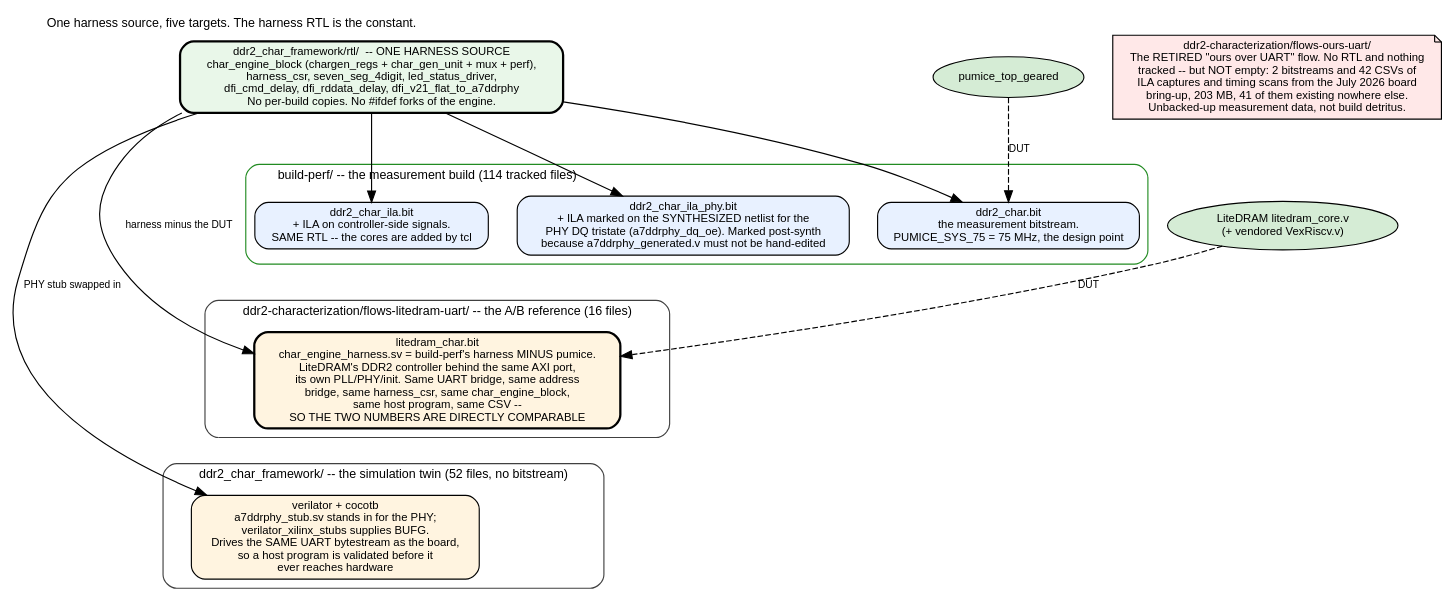
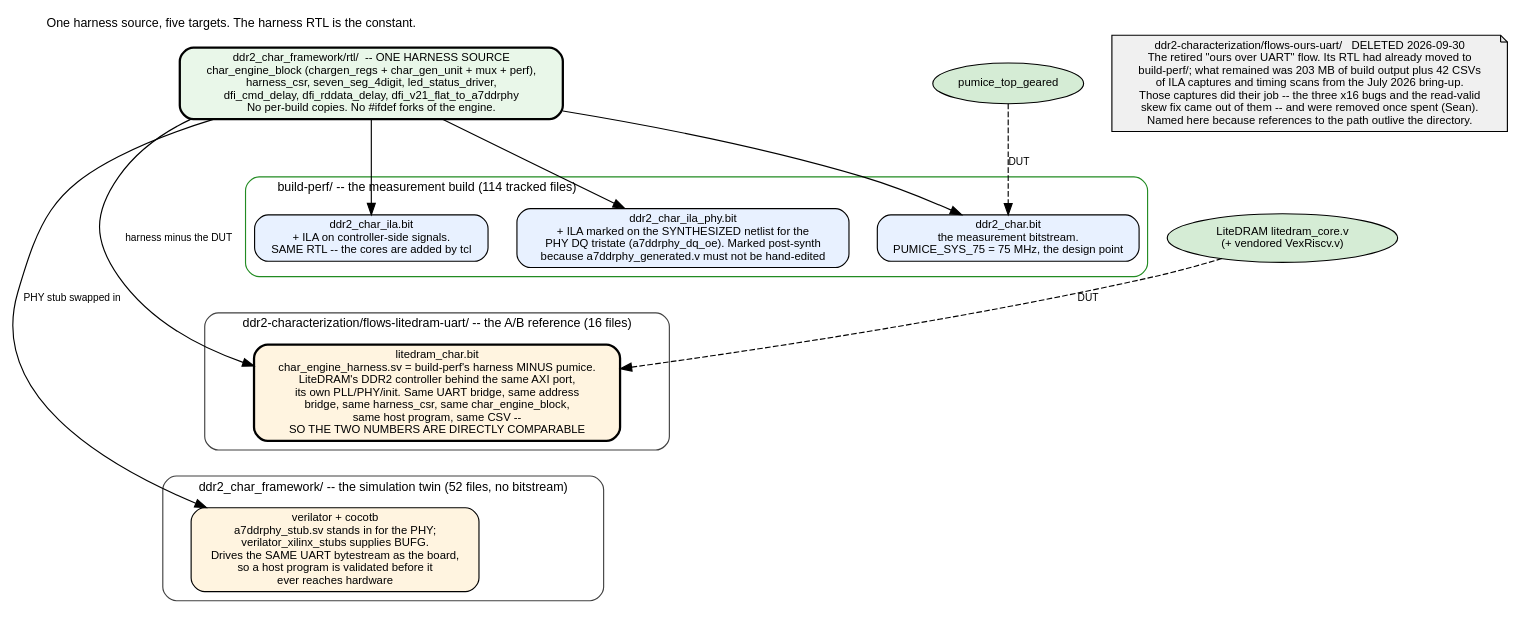
Before and after one commit to sean-galloway/RTLDesignSherpa: the diagram in projects/fpga-systems/NexysA7/pumice/docs/pumice_fpga_system/assets/graphviz/03_build_variants.dot, drawn with Graphviz. The commit also changed 4 other files, not shown here.

```diff
--- a/projects/fpga-systems/NexysA7/pumice/docs/pumice_fpga_system/assets/graphviz/03_build_variants.dot
+++ b/projects/fpga-systems/NexysA7/pumice/docs/pumice_fpga_system/assets/graphviz/03_build_variants.dot
@@ -1,43 +1,43 @@
 // One harness source, five things built from it. The point of the picture is
 // which box the HARNESS RTL sits in: it does not change per build.
 digraph build_variants {
     graph [rankdir=TB, fontname="Helvetica", fontsize=11, nodesep=0.35, ranksep=0.6,
            label="One harness source, five targets. The harness RTL is the constant.", labelloc=t, labeljust=l];
     node  [fontname="Helvetica", fontsize=10, shape=box, style="rounded,filled", fillcolor="#f4f4f4"];
     edge  [fontname="Helvetica", fontsize=9];
 
     src [label="ddr2_char_framework/rtl/  -- ONE HARNESS SOURCE\nchar_engine_block (chargen_regs + char_gen_unit + mux + perf),\nharness_csr, seven_seg_4digit, led_status_driver,\ndfi_cmd_delay, dfi_rddata_delay, dfi_v21_flat_to_a7ddrphy\nNo per-build copies. No #ifdef forks of the engine.", fillcolor="#e9f7e9", penwidth=2];
 
     subgraph cluster_board {
         label="build-perf/ -- the measurement build (114 tracked files)"; style="rounded"; color="#228B22";
         b1 [label="ddr2_char.bit\nthe measurement bitstream.\nPUMICE_SYS_75 = 75 MHz, the design point", fillcolor="#e8f1ff"];
         b2 [label="ddr2_char_ila.bit\n+ ILA on controller-side signals.\nSAME RTL -- the cores are added by tcl", fillcolor="#e8f1ff"];
         b3 [label="ddr2_char_ila_phy.bit\n+ ILA marked on the SYNTHESIZED netlist for the\nPHY DQ tristate (a7ddrphy_dq_oe). Marked post-synth\nbecause a7ddrphy_generated.v must not be hand-edited", fillcolor="#e8f1ff"];
     }
 
     subgraph cluster_ab {
         label="ddr2-characterization/flows-litedram-uart/ -- the A/B reference (16 files)"; style="rounded"; color="#404040";
         lite [label="litedram_char.bit\nchar_engine_harness.sv = build-perf's harness MINUS pumice.\nLiteDRAM's DDR2 controller behind the same AXI port,\nits own PLL/PHY/init. Same UART bridge, same address\nbridge, same harness_csr, same char_engine_block,\nsame host program, same CSV --\nSO THE TWO NUMBERS ARE DIRECTLY COMPARABLE", fillcolor="#fff4e0", penwidth=2];
     }
 
     subgraph cluster_sim {
         label="ddr2_char_framework/ -- the simulation twin (52 files, no bitstream)"; style="rounded"; color="#404040";
         sim [label="verilator + cocotb\na7ddrphy_stub.sv stands in for the PHY;\nverilator_xilinx_stubs supplies BUFG.\nDrives the SAME UART bytestream as the board,\nso a host program is validated before it\never reaches hardware", fillcolor="#fff4e0"];
     }
 
-    vestige [label="ddr2-characterization/flows-ours-uart/\nThe RETIRED \"ours over UART\" flow. No RTL and nothing\ntracked -- but NOT empty: 2 bitstreams and 42 CSVs of\nILA captures and timing scans from the July 2026 board\nbring-up, 203 MB, 41 of them existing nowhere else.\nUnbacked-up measurement data, not build detritus.", shape=note, fillcolor="#ffe8e8"];
+    vestige [label="ddr2-characterization/flows-ours-uart/   DELETED 2026-09-30\nThe retired \"ours over UART\" flow. Its RTL had already moved to\nbuild-perf/; what remained was 203 MB of build output plus 42 CSVs\nof ILA captures and timing scans from the July 2026 bring-up.\nThose captures did their job -- the three x16 bugs and the read-valid\nskew fix came out of them -- and were removed once spent (Sean).\nNamed here because references to the path outlive the directory.", shape=note, fillcolor="#f0f0f0"];
 
     src -> b1; src -> b2; src -> b3;
     src -> lite [label="harness minus the DUT"];
     src -> sim  [label="PHY stub swapped in"];
 
     // Invisible edges only, to stack the clusters top-to-bottom. Placed
     // side by side, dot rendered this 6.8:1 -- a strip the page scaler
     // squashes to an unreadable sliver.
     b3 -> lite [style=invis];
     lite -> sim [style=invis];
 
     dutp [label="pumice_top_geared", shape=ellipse, fillcolor="#d5ecd5"];
     dutl [label="LiteDRAM litedram_core.v\n(+ vendored VexRiscv.v)", shape=ellipse, fillcolor="#d5ecd5"];
     dutp -> b1 [style=dashed, label="DUT"]; dutl -> lite [style=dashed, label="DUT"];
 }
```
